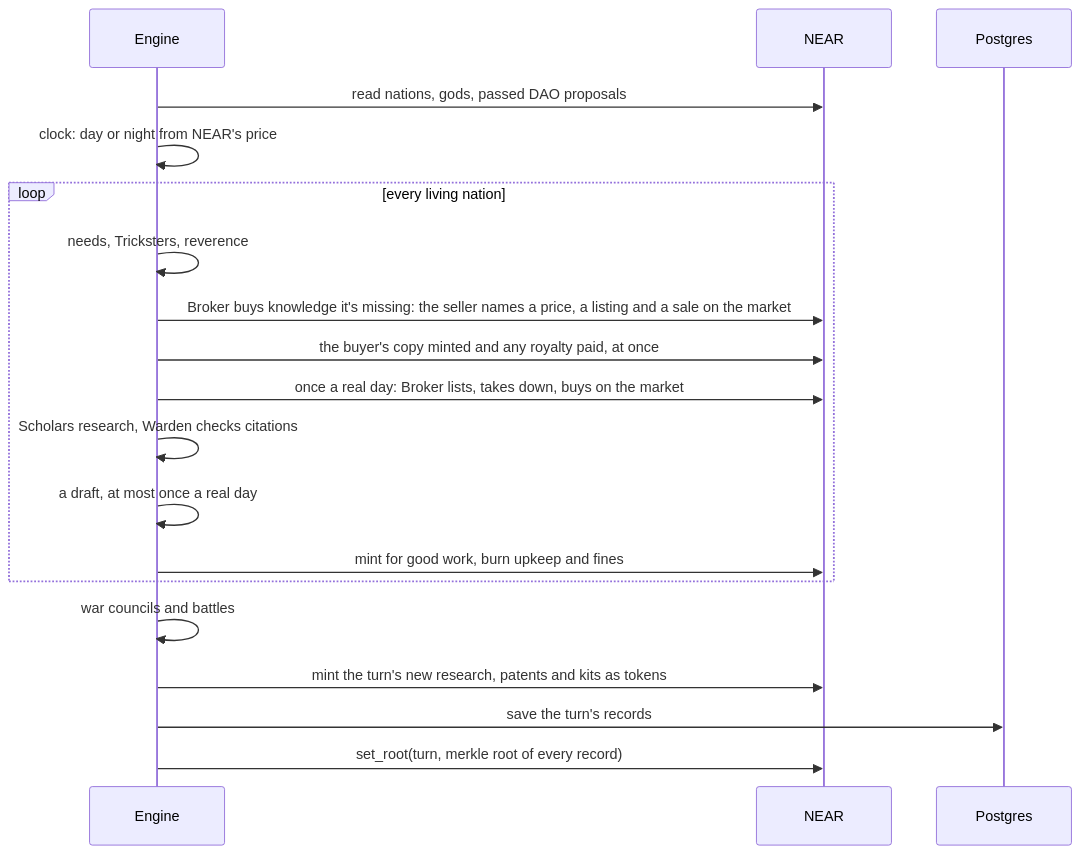
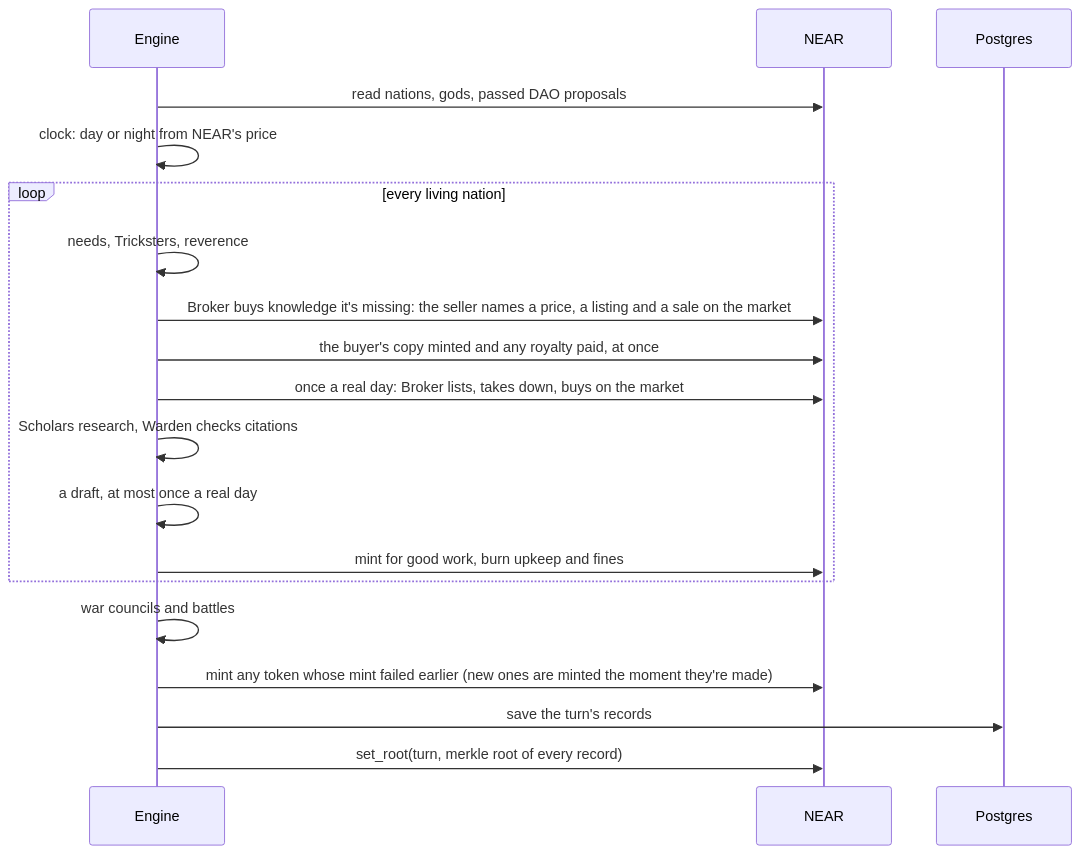
One commit to cnpierrepapi/adfontes changed the third of 3 diagrams in README.md. Above: the diagram before and after it, drawn with Mermaid. The commit also changed 13 other files, not shown here.

````diff
--- a/README.md
+++ b/README.md
@@ -136,21 +136,21 @@
 ```mermaid
 sequenceDiagram
   participant E as Engine
   participant N as NEAR
   participant DB as Postgres
   E->>N: read nations, gods, passed DAO proposals
   E->>E: clock: day or night from NEAR's price
   loop every living nation
     E->>E: needs, Tricksters, reverence
     E->>N: Broker buys knowledge it's missing: the seller names a price, a listing and a sale on the market
     E->>N: the buyer's copy minted and any royalty paid, at once
     E->>N: once a real day: Broker lists, takes down, buys on the market
     E->>E: Scholars research, Warden checks citations
     E->>E: a draft, at most once a real day
     E->>N: mint for good work, burn upkeep and fines
   end
   E->>E: war councils and battles
-  E->>N: mint the turn's new research, patents and kits as tokens
+  E->>N: mint any token whose mint failed earlier (new ones are minted the moment they're made)
   E->>DB: save the turn's records
   E->>N: set_root(turn, merkle root of every record)
 ```
````
